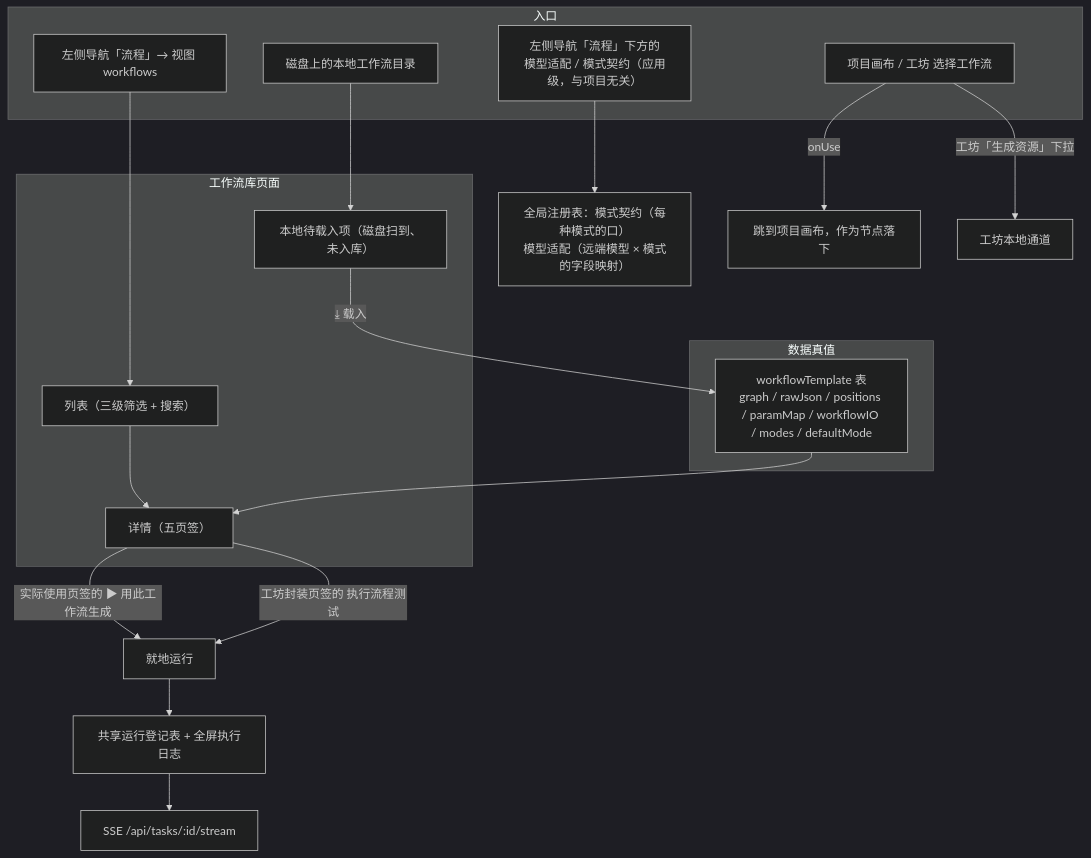
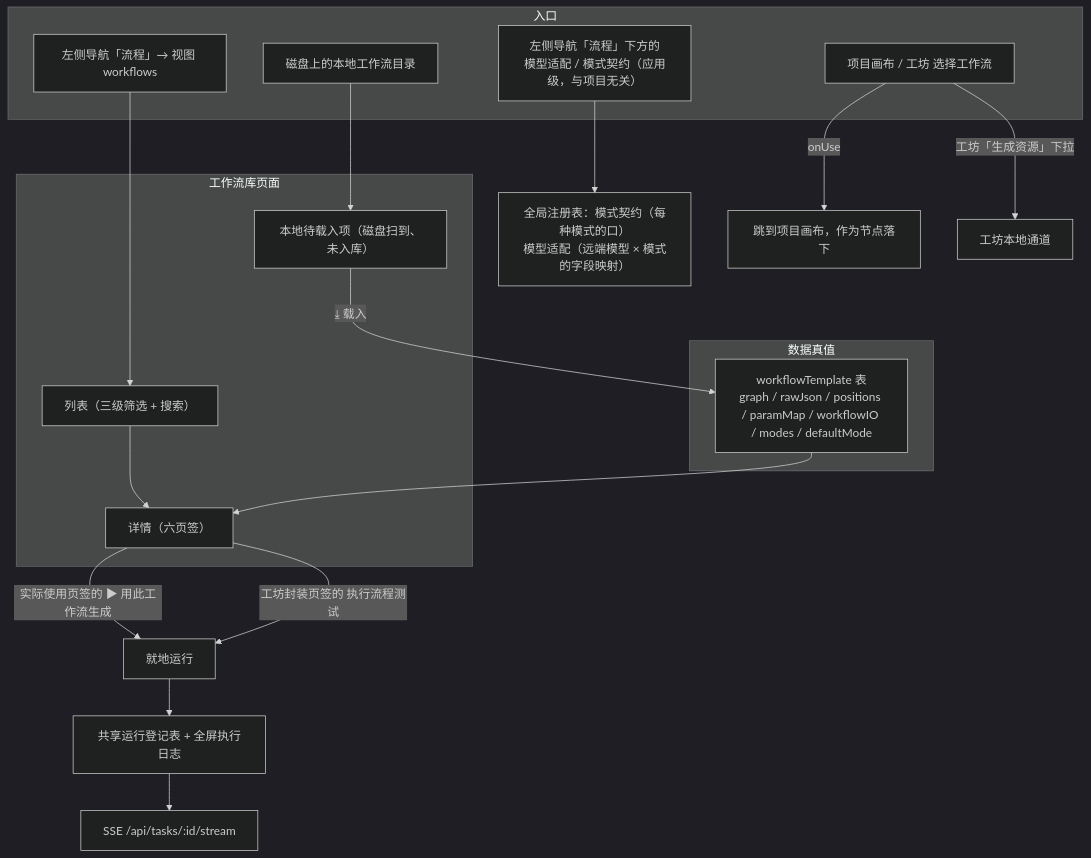
Before and after one commit to wuxianyuedu/comfy-app: the first of 10 diagrams in docs/guides/feature-workflow-library-flow.md, drawn with Mermaid (dark theme). The commit also changed other lines of this file and 8 other files, not shown here.

First line of the commit message:
feat(studio): 参考图装载拆成独立页签，不再与工坊封装混装（#4526）

````diff
--- a/docs/guides/feature-workflow-library-flow.md
+++ b/docs/guides/feature-workflow-library-flow.md
@@ -34,34 +34,34 @@
 ```mermaid
 flowchart TD
   subgraph ENTRY["入口"]
     NAV["左侧导航「流程」→ 视图 workflows"]
     USE["项目画布 / 工坊 选择工作流"]
     FILES["磁盘上的本地工作流目录"]
     OVERLAY["左侧导航「流程」下方的<br/>模型适配 / 模式契约（应用级，与项目无关）"]
   end
 
   subgraph LIB["工作流库页面"]
     LIST["列表（三级筛选 + 搜索）"]
     PEND["本地待载入项（磁盘扫到、未入库）"]
-    DETAIL["详情（五页签）"]
+    DETAIL["详情（六页签）"]
   end
 
   subgraph STORE["数据真值"]
     DB["workflowTemplate 表<br/>graph / rawJson / positions / paramMap / workflowIO / modes / defaultMode"]
   end
 
   NAV --> LIST
   OVERLAY --> CONTRACT_ENTRY["全局注册表：模式契约（每种模式的口）<br/>模型适配（远端模型 × 模式的字段映射）"]
   FILES --> PEND
   LIST --> DETAIL
   PEND -->|"⤓ 载入"| DB
   DB --> DETAIL
 
   DETAIL -->|"实际使用页签的 ▶ 用此工作流生成"| RUN["就地运行"]
   DETAIL -->|"工坊封装页签的 执行流程测试"| RUN
   RUN --> SHARED["共享运行登记表 + 全屏执行日志"]
   SHARED --> SSE["SSE /api/tasks/:id/stream"]
 
   USE -->|"onUse"| CANVAS["跳到项目画布，作为节点落下"]
   USE -->|"工坊「生成资源」下拉"| WORKSHOP["工坊本地通道"]
 ```
````
